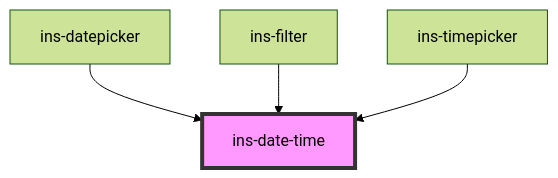
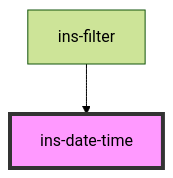
Before and after one commit to insites-io/insites-components-v2: the diagram in components/src/components/ins-date-time/README.md, drawn with Mermaid (forest theme). The commit also changed other lines of this file and 81 other files, not shown here.

````diff
--- a/components/src/components/ins-date-time/README.md
+++ b/components/src/components/ins-date-time/README.md
@@ -63,7 +61,5 @@
 ```mermaid
 graph TD;
-  ins-datepicker --> ins-date-time
   ins-filter --> ins-date-time
-  ins-timepicker --> ins-date-time
   style ins-date-time fill:#f9f,stroke:#333,stroke-width:4px
 ```
````
